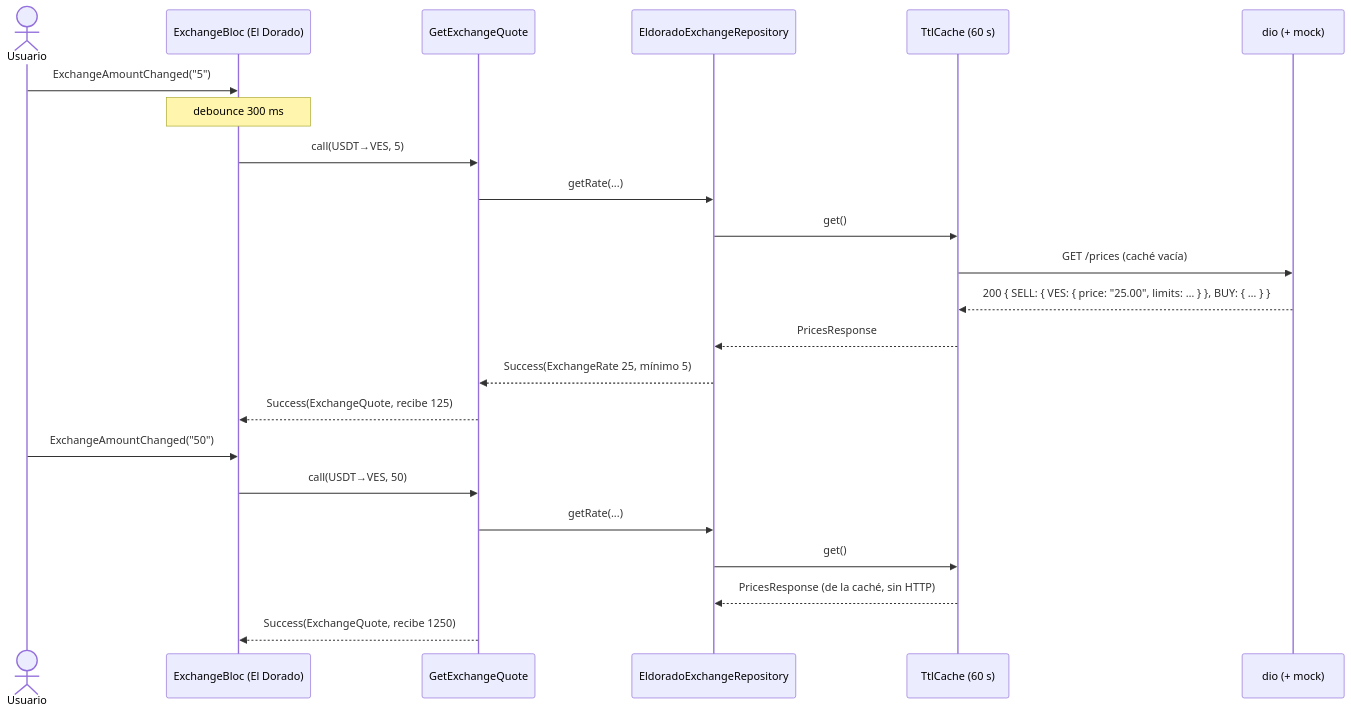
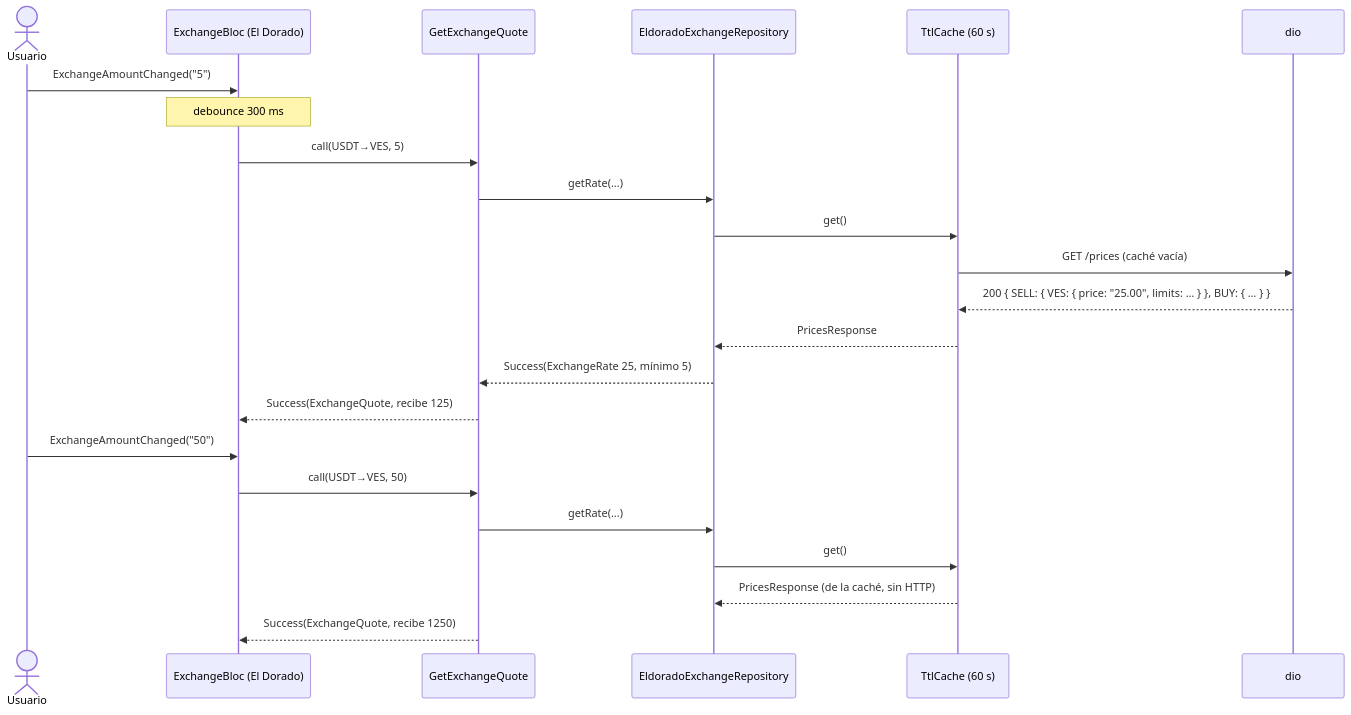
The second of 3 diagrams in ARCHITECTURE.md (maujpok/coding-dorado), drawn with Mermaid before and after one commit. The commit also changed other lines of this file and 37 other files, not shown here.

````diff
--- a/ARCHITECTURE.md
+++ b/ARCHITECTURE.md
@@ -440,25 +430,25 @@
 ```mermaid
 sequenceDiagram
   actor U as Usuario
   participant B as ExchangeBloc (El Dorado)
   participant UC as GetExchangeQuote
   participant R as EldoradoExchangeRepository
   participant C as TtlCache (60 s)
-  participant H as dio (+ mock)
+  participant H as dio
   U->>B: ExchangeAmountChanged("5")
   Note over B: debounce 300 ms
   B->>UC: call(USDT→VES, 5)
   UC->>R: getRate(...)
   R->>C: get()
   C->>H: GET /prices (caché vacía)
   H-->>C: 200 { SELL: { VES: { price: "25.00", limits: … } }, BUY: { … } }
   C-->>R: PricesResponse
   R-->>UC: Success(ExchangeRate 25, mínimo 5)
   UC-->>B: Success(ExchangeQuote, recibe 125)
   U->>B: ExchangeAmountChanged("50")
   B->>UC: call(USDT→VES, 50)
   UC->>R: getRate(...)
   R->>C: get()
   C-->>R: PricesResponse (de la caché, sin HTTP)
   UC-->>B: Success(ExchangeQuote, recibe 1250)
 ```
````
